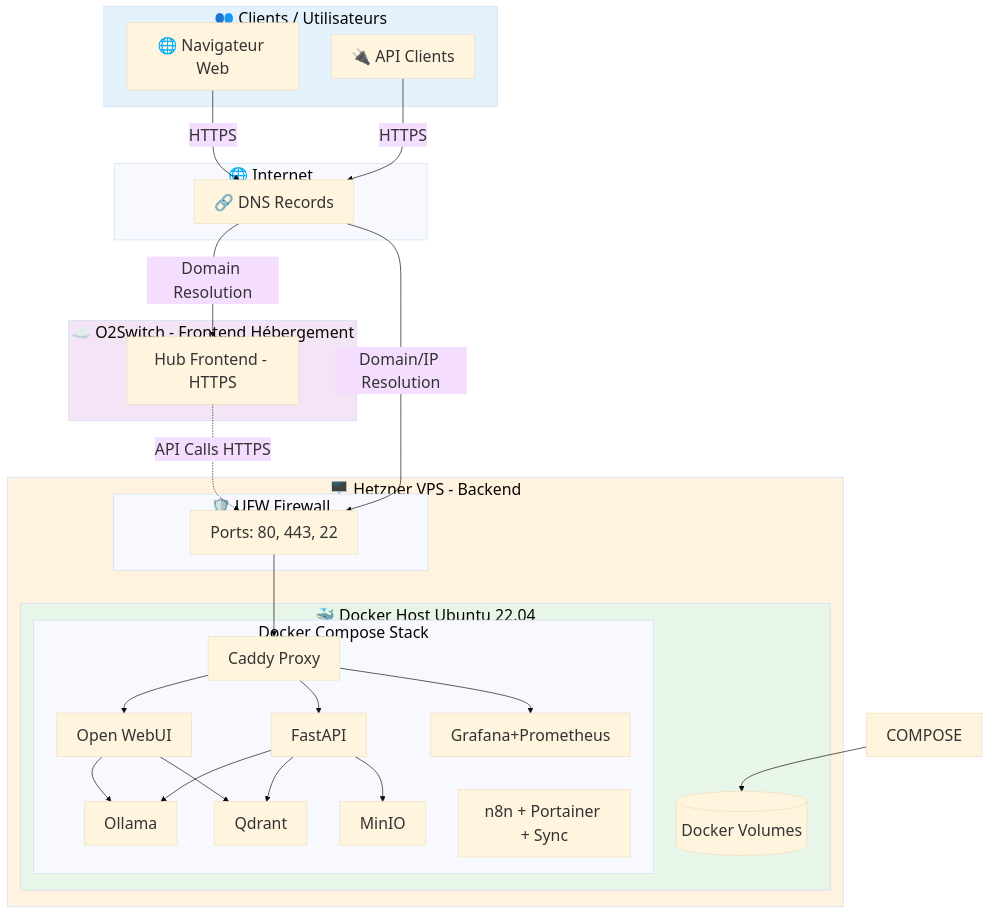
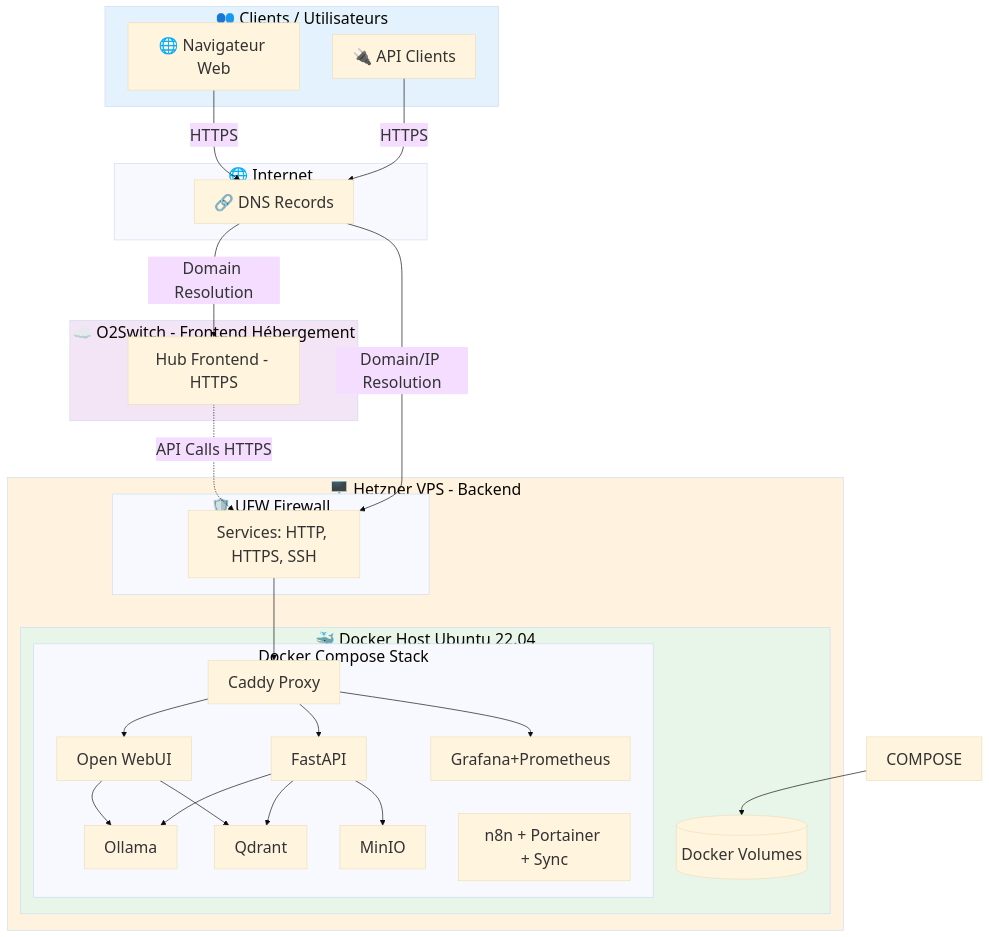
The first of 8 diagrams in docs/DIAGRAMS_MERMAID.md (stepstev/oceanphenix-IA-souveraine-v10_2026_DOCS), drawn with Mermaid before and after one commit. The commit also changed other lines of this file and 3 other files, not shown here.

Commit message:
Security: Remove port references and generalize architecture documentation

````diff
--- a/docs/DIAGRAMS_MERMAID.md
+++ b/docs/DIAGRAMS_MERMAID.md
@@ -9,62 +9,62 @@
 ```mermaid
 %%{init: {'theme':'base', 'themeVariables': {'fontSize':'24px', 'fontFamily':'Arial, sans-serif'}}}%%
 graph TB
     subgraph Client["👥 Clients / Utilisateurs"]
         BROWSER[🌐 Navigateur Web]
         API_CLIENT[🔌 API Clients]
     end
 
     subgraph O2Switch["☁️ O2Switch - Frontend Hébergement"]
         STATIC["Hub Frontend - HTTPS"]
     end
 
     subgraph Internet["🌐 Internet"]
         DNS[🔗 DNS Records]
     end
 
     subgraph Hetzner["🖥️ Hetzner VPS - Backend"]
         subgraph Firewall["🛡️ UFW Firewall"]
-            FW_RULES["Ports: 80, 443, 22"]
+            FW_RULES["Services: HTTP, HTTPS, SSH"]
         end
         
         subgraph Docker["🐳 Docker Host Ubuntu 22.04"]
             subgraph Compose["Docker Compose Stack"]
                 PROXY[Caddy Proxy]
                 WEB[Open WebUI]
                 API[FastAPI]
                 LLM[Ollama]
                 VDB[Qdrant]
                 S3[MinIO]
                 MON[Grafana+Prometheus]
                 AUTO_SERVICES["n8n + Portainer + Sync"]
             end
             
             VOLUMES[("Docker Volumes")]
         end
     end
 
     BROWSER -->|HTTPS| DNS
     API_CLIENT -->|HTTPS| DNS
     DNS -->|Domain Resolution| STATIC
     DNS -->|Domain/IP Resolution| FW_RULES
     
     STATIC -.->|API Calls HTTPS| FW_RULES
     
     FW_RULES --> PROXY
     PROXY --> WEB
     PROXY --> API
     PROXY --> MON
     
     API --> LLM
     API --> VDB
     API --> S3
     WEB --> LLM
     WEB --> VDB
     
     COMPOSE --> VOLUMES
     
     style Client fill:#e3f2fd
     style O2Switch fill:#f3e5f5
     style Hetzner fill:#fff3e0
     style Docker fill:#e8f5e9
 ```
````
